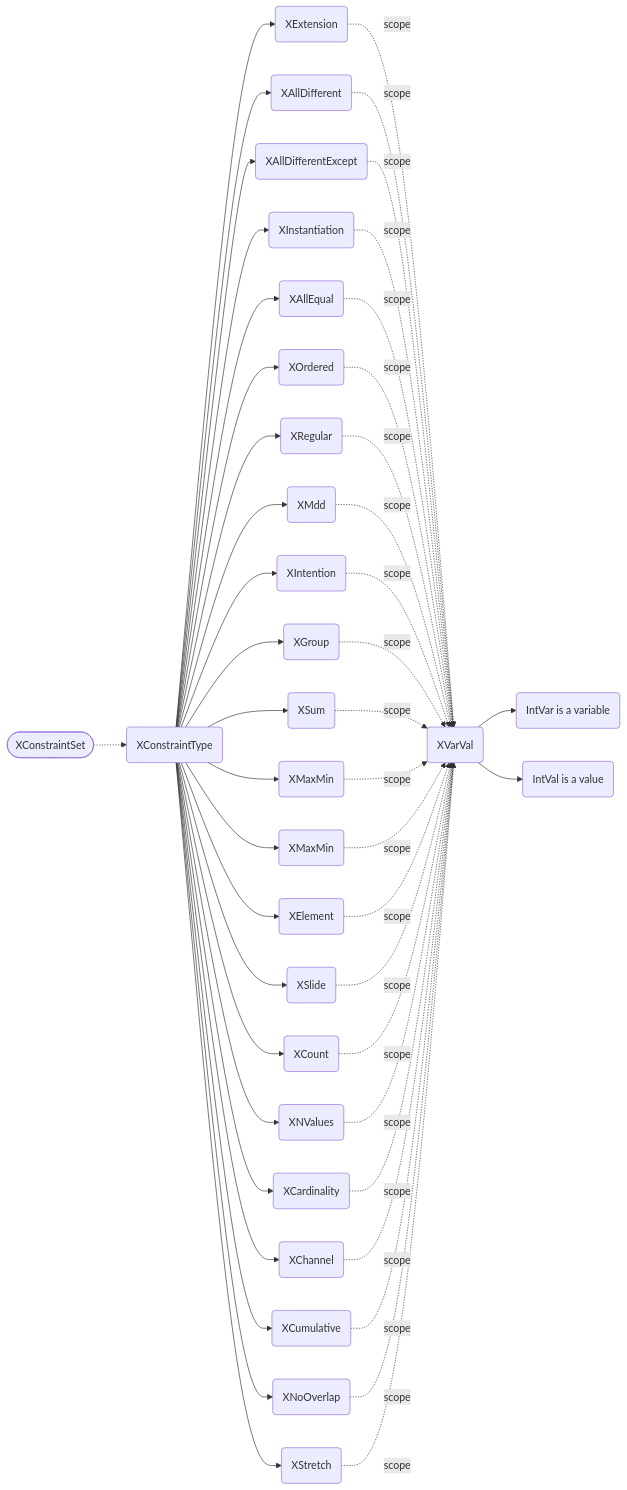
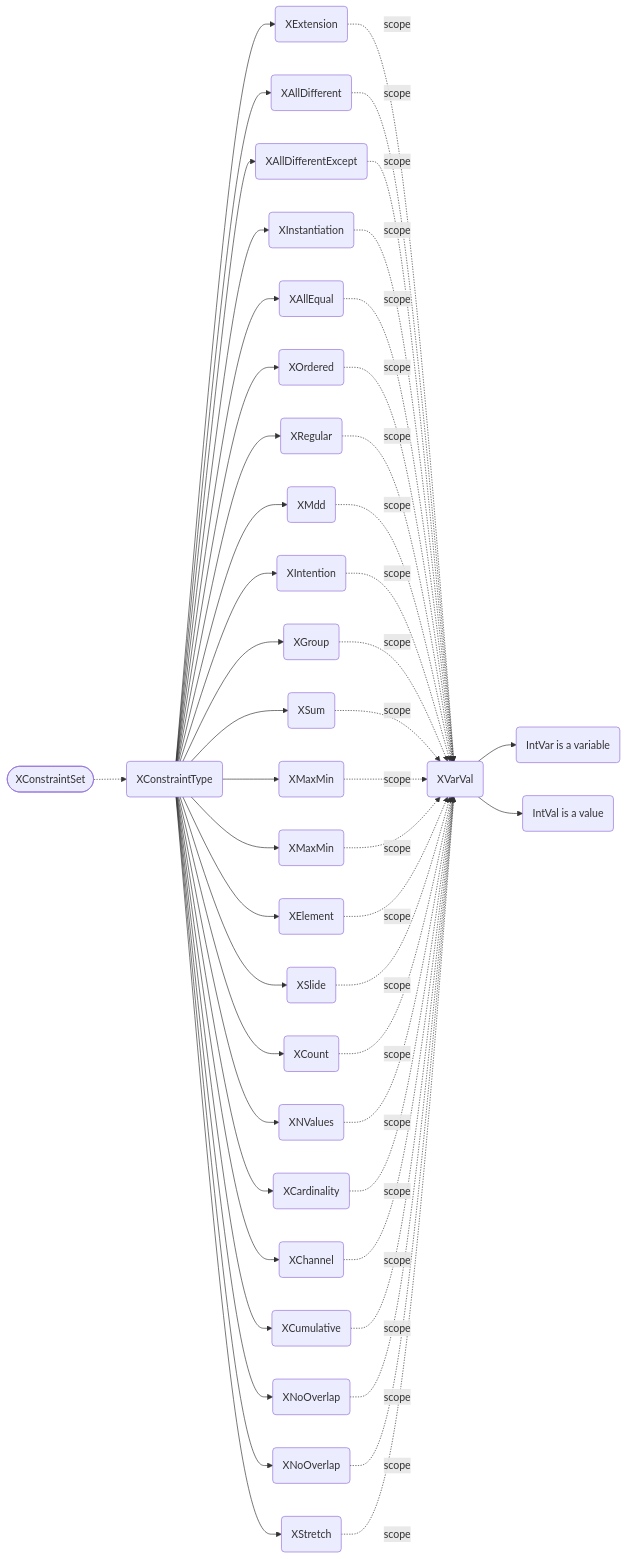
One commit to luhanzhen/xcsp3-rust changed the third of 4 diagrams in README.md. Above: the diagram before and after it, drawn with Mermaid. The commit also changed 3 other files, not shown here.

````diff
--- a/README.md
+++ b/README.md
@@ -128,28 +128,29 @@
 ```mermaid
 graph LR
     D([XConstraintSet]) -.-> XConstraintType(XConstraintType)
     XConstraintType -->  XExtension(XExtension) -.scope.-> Scope(XVarVal)
     XConstraintType --> XAllDifferent(XAllDifferent)-.scope.-> Scope
     XConstraintType --> XAllDifferentExcept(XAllDifferentExcept)-.scope.-> Scope
     XConstraintType --> XInstantiation(XInstantiation)-.scope.-> Scope
     XConstraintType --> XAllEqual(XAllEqual)-.scope.-> Scope
     XConstraintType --> XOrdered(XOrdered)-.scope.-> Scope
     XConstraintType --> XRegular(XRegular)-.scope.-> Scope
     XConstraintType -->XMdd(XMdd)-.scope.-> Scope
     XConstraintType -->XIntention(XIntention)-.scope.-> Scope
     XConstraintType -->XGroup(XGroup)-.scope.-> Scope
     XConstraintType -->XSum(XSum)-.scope.-> Scope
     XConstraintType -->XMaximum(XMaxMin)-.scope.-> Scope
     XConstraintType -->XMinimum(XMaxMin)-.scope.-> Scope
     XConstraintType -->XElement(XElement)-.scope.-> Scope
     XConstraintType -->XSlide(XSlide)-.scope.-> Scope
     XConstraintType -->XCount(XCount)-.scope.-> Scope
     XConstraintType -->XNValues(XNValues)-.scope.-> Scope
     XConstraintType -->XCardinality(XCardinality)-.scope.-> Scope
     XConstraintType -->XChannel(XChannel)-.scope.-> Scope
     XConstraintType -->XCumulative(XCumulative)-.scope.-> Scope
     XConstraintType -->XNoOverlap(XNoOverlap)-.scope.-> Scope
+    XConstraintType -->XNoOverlapKDim(XNoOverlap)-.scope.-> Scope
     XConstraintType --> XStretch(XStretch)-.scope.-> Scope
     Scope -->IntVar(IntVar is a variable)
     Scope -->IntVal(IntVal is a value)
 ```
````
